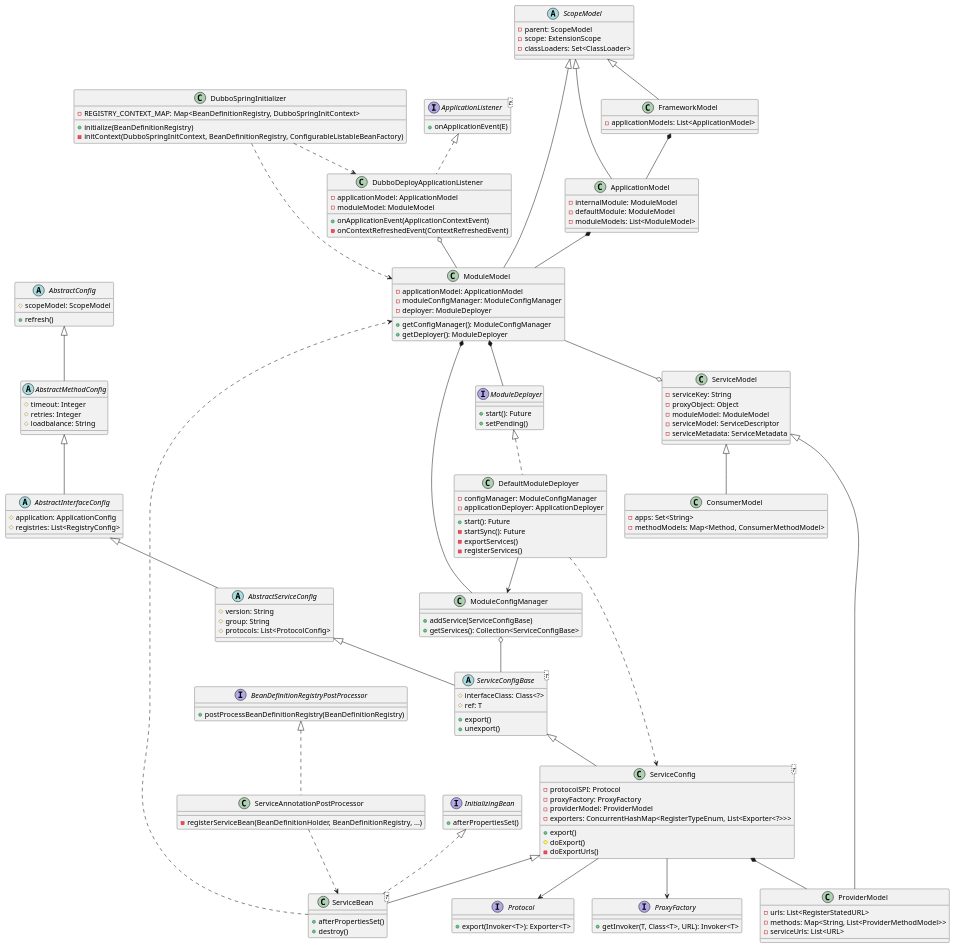
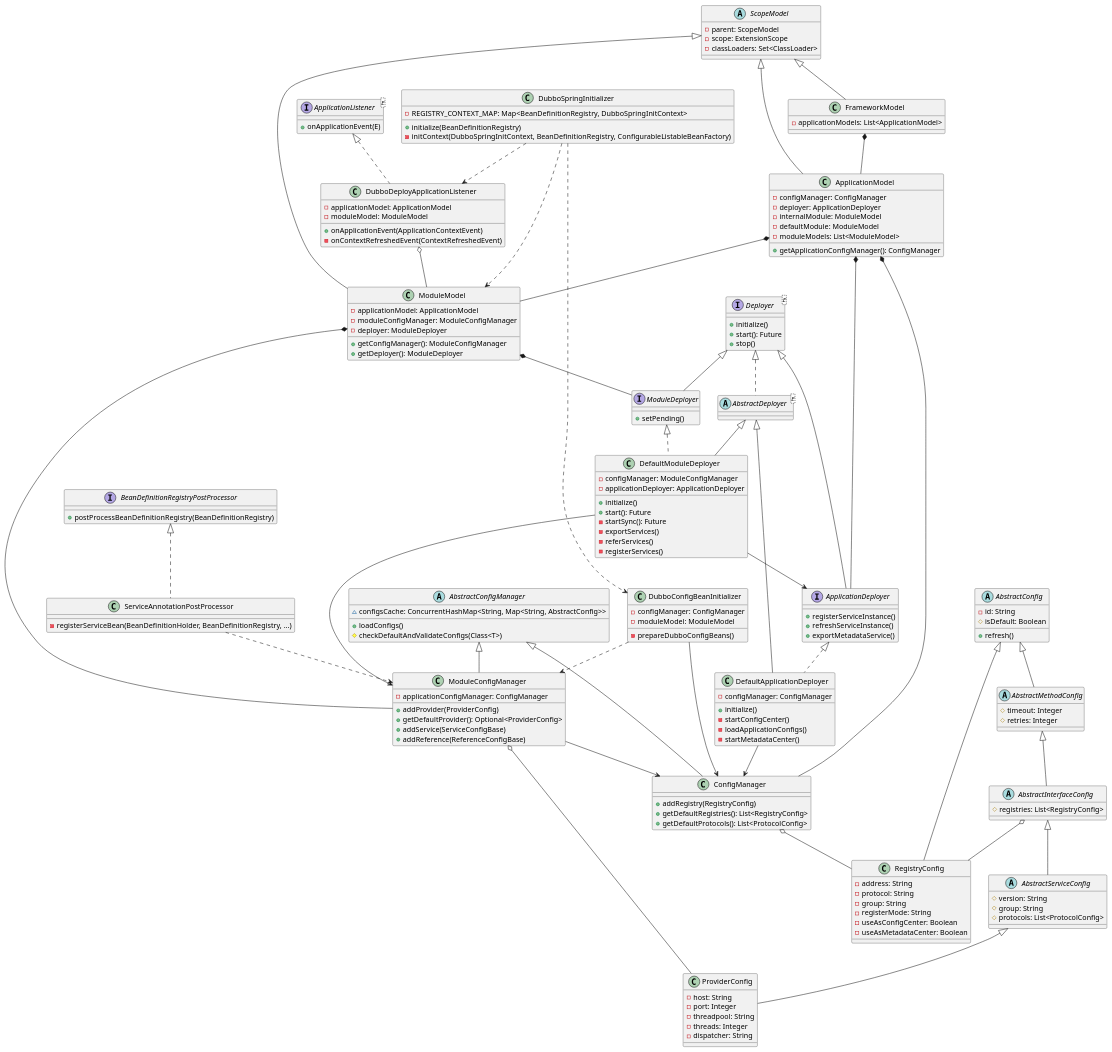
Before and after one commit to kevinwang930/kevinwang930.github.io: the third of 16 diagrams in content/post/network/dubbo/index.md, drawn with PlantUML. The commit also changed other lines of this file, not shown here.

````diff
--- a/content/post/network/dubbo/index.md
+++ b/content/post/network/dubbo/index.md
@@ -561,6 +561,11 @@
   + initialize(BeanDefinitionRegistry)
   - initContext(DubboSpringInitContext, BeanDefinitionRegistry, ConfigurableListableBeanFactory)
 }
+class DubboConfigBeanInitializer {
+  - configManager: ConfigManager
+  - moduleModel: ModuleModel
+  - prepareDubboConfigBeans()
+}
 
 interface BeanDefinitionRegistryPostProcessor {
   + postProcessBeanDefinitionRegistry(BeanDefinitionRegistry)
@@ -569,9 +574,6 @@
   - registerServiceBean(BeanDefinitionHolder, BeanDefinitionRegistry, ...)
 }
 
-interface InitializingBean {
-  + afterPropertiesSet()
-}
 interface ApplicationListener<E> {
   + onApplicationEvent(E)
 }
@@ -580,44 +582,6 @@
   - moduleModel: ModuleModel
   + onApplicationEvent(ApplicationContextEvent)
   - onContextRefreshedEvent(ContextRefreshedEvent)
-}
-
-abstract class AbstractConfig {
-  # scopeModel: ScopeModel
-  + refresh()
-}
-abstract class AbstractMethodConfig extends AbstractConfig {
-  # timeout: Integer
-  # retries: Integer
-  # loadbalance: String
-}
-abstract class AbstractInterfaceConfig extends AbstractMethodConfig {
-  # application: ApplicationConfig
-  # registries: List<RegistryConfig>
-}
-abstract class AbstractServiceConfig extends AbstractInterfaceConfig {
-  # version: String
-  # group: String
-  # protocols: List<ProtocolConfig>
-}
-abstract class ServiceConfigBase<T> extends AbstractServiceConfig {
-  # interfaceClass: Class<?>
-  # ref: T
-  + export()
-  + unexport()
-}
-class ServiceConfig<T> extends ServiceConfigBase {
-  - protocolSPI: Protocol
-  - proxyFactory: ProxyFactory
-  - providerModel: ProviderModel
-  - exporters: ConcurrentHashMap<RegisterTypeEnum, List<Exporter<?>>>
-  + export()
-  # doExport()
-  - doExportUrls()
-}
-class ServiceBean<T> extends ServiceConfig implements InitializingBean {
-  + afterPropertiesSet()
-  + destroy()
 }
 
 abstract class ScopeModel {
@@ -629,9 +593,12 @@
   - applicationModels: List<ApplicationModel>
 }
 class ApplicationModel extends ScopeModel {
+  - configManager: ConfigManager
+  - deployer: ApplicationDeployer
   - internalModule: ModuleModel
   - defaultModule: ModuleModel
   - moduleModels: List<ModuleModel>
+  + getApplicationConfigManager(): ConfigManager
 }
 class ModuleModel extends ScopeModel {
   - applicationModel: ApplicationModel
@@ -641,62 +608,108 @@
   + getDeployer(): ModuleDeployer
 }
 
-class ModuleConfigManager {
+abstract class AbstractConfigManager {
+  ~ configsCache: ConcurrentHashMap<String, Map<String, AbstractConfig>>
+  + loadConfigs()
+  # checkDefaultAndValidateConfigs(Class<T>)
+}
+class ConfigManager extends AbstractConfigManager {
+  + addRegistry(RegistryConfig)
+  + getDefaultRegistries(): List<RegistryConfig>
+  + getDefaultProtocols(): List<ProtocolConfig>
+}
+class ModuleConfigManager extends AbstractConfigManager {
+  - applicationConfigManager: ConfigManager
+  + addProvider(ProviderConfig)
+  + getDefaultProvider(): Optional<ProviderConfig>
   + addService(ServiceConfigBase)
-  + getServices(): Collection<ServiceConfigBase>
+  + addReference(ReferenceConfigBase)
 }
-interface ModuleDeployer {
+
+abstract class AbstractConfig {
+  - id: String
+  # isDefault: Boolean
+  + refresh()
+}
+class RegistryConfig extends AbstractConfig {
+  - address: String
+  - protocol: String
+  - group: String
+  - registerMode: String
+  - useAsConfigCenter: Boolean
+  - useAsMetadataCenter: Boolean
+}
+abstract class AbstractMethodConfig extends AbstractConfig {
+  # timeout: Integer
+  # retries: Integer
+}
+abstract class AbstractInterfaceConfig extends AbstractMethodConfig {
+  # registries: List<RegistryConfig>
+}
+abstract class AbstractServiceConfig extends AbstractInterfaceConfig {
+  # version: String
+  # group: String
+  # protocols: List<ProtocolConfig>
+}
+class ProviderConfig extends AbstractServiceConfig {
+  - host: String
+  - port: Integer
+  - threadpool: String
+  - threads: Integer
+  - dispatcher: String
+}
+
+interface Deployer<E> {
+  + initialize()
   + start(): Future
+  + stop()
+}
+abstract class AbstractDeployer<E> implements Deployer
+interface ApplicationDeployer extends Deployer {
+  + registerServiceInstance()
+  + refreshServiceInstance()
+  + exportMetadataService()
+}
+interface ModuleDeployer extends Deployer {
   + setPending()
 }
-class DefaultModuleDeployer implements ModuleDeployer {
+class DefaultApplicationDeployer extends AbstractDeployer implements ApplicationDeployer {
+  - configManager: ConfigManager
+  + initialize()
+  - startConfigCenter()
+  - loadApplicationConfigs()
+  - startMetadataCenter()
+}
+class DefaultModuleDeployer extends AbstractDeployer implements ModuleDeployer {
   - configManager: ModuleConfigManager
   - applicationDeployer: ApplicationDeployer
+  + initialize()
   + start(): Future
   - startSync(): Future
   - exportServices()
+  - referServices()
   - registerServices()
-}
-
-class ServiceModel {
-  - serviceKey: String
-  - proxyObject: Object
-  - moduleModel: ModuleModel
-  - serviceModel: ServiceDescriptor
-  - serviceMetadata: ServiceMetadata
-}
-class ProviderModel extends ServiceModel {
-  - urls: List<RegisterStatedURL>
-  - methods: Map<String, List<ProviderMethodModel>>
-  - serviceUrls: List<URL>
-}
-class ConsumerModel extends ServiceModel {
-  - apps: Set<String>
-  - methodModels: Map<Method, ConsumerMethodModel>
-}
-
-interface Protocol {
-  + export(Invoker<T>): Exporter<T>
-}
-interface ProxyFactory {
-  + getInvoker(T, Class<T>, URL): Invoker<T>
 }
 
 FrameworkModel *-- ApplicationModel
 ApplicationModel *-- ModuleModel
+ApplicationModel *-- ConfigManager
+ApplicationModel *-- ApplicationDeployer
+ModuleModel *-- ModuleConfigManager
+ModuleModel *-- ModuleDeployer
+ModuleConfigManager --> ConfigManager
+ConfigManager o-- RegistryConfig
+ModuleConfigManager o-- ProviderConfig
+AbstractInterfaceConfig o-- RegistryConfig
+DubboSpringInitializer ..> DubboConfigBeanInitializer
 DubboSpringInitializer ..> DubboDeployApplicationListener
 DubboSpringInitializer ..> ModuleModel
-ServiceAnnotationPostProcessor ..> ServiceBean
-ServiceBean ..> ModuleModel
+DubboConfigBeanInitializer --> ConfigManager
+DubboConfigBeanInitializer ..> ModuleConfigManager
+ServiceAnnotationPostProcessor ..> ModuleConfigManager
 DubboDeployApplicationListener o-- ModuleModel
-ModuleModel *-- ModuleConfigManager
-ModuleModel *-- ModuleDeployer
-ModuleModel --o ServiceModel
+DefaultApplicationDeployer --> ConfigManager
 DefaultModuleDeployer --> ModuleConfigManager
-ModuleConfigManager o-- ServiceConfigBase
-DefaultModuleDeployer ..> ServiceConfig
-ServiceConfig *-- ProviderModel
-ServiceConfig --> ProxyFactory
-ServiceConfig --> Protocol
+DefaultModuleDeployer --> ApplicationDeployer
 @enduml
 ```
````
